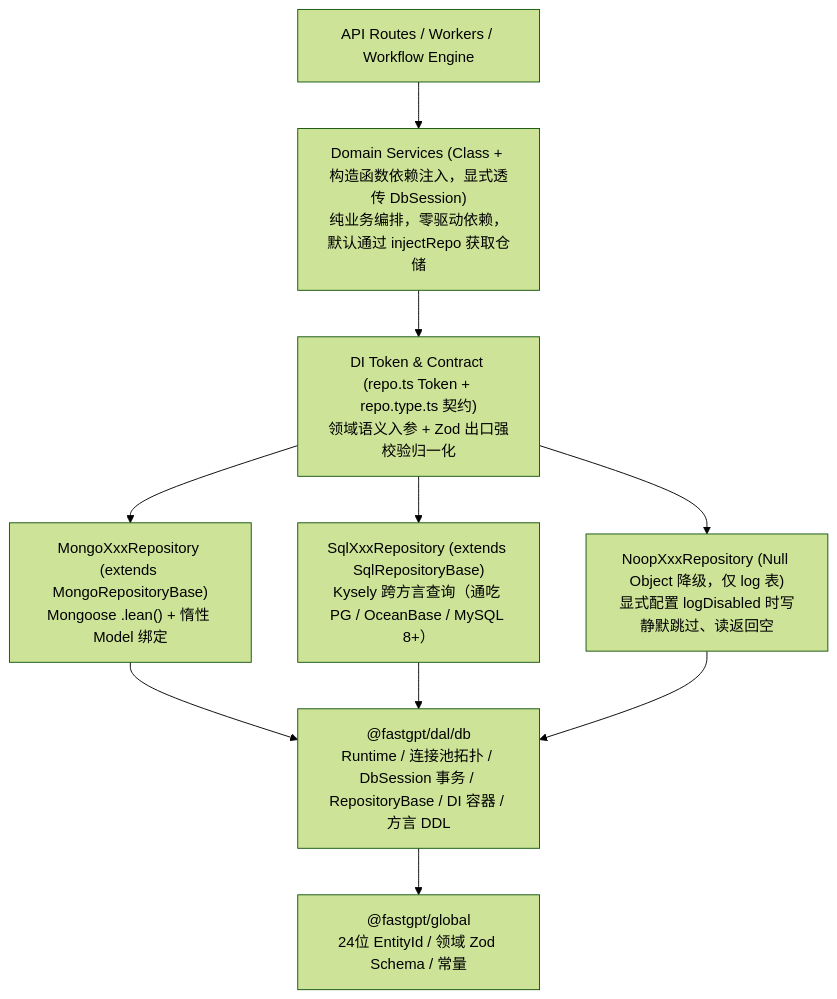
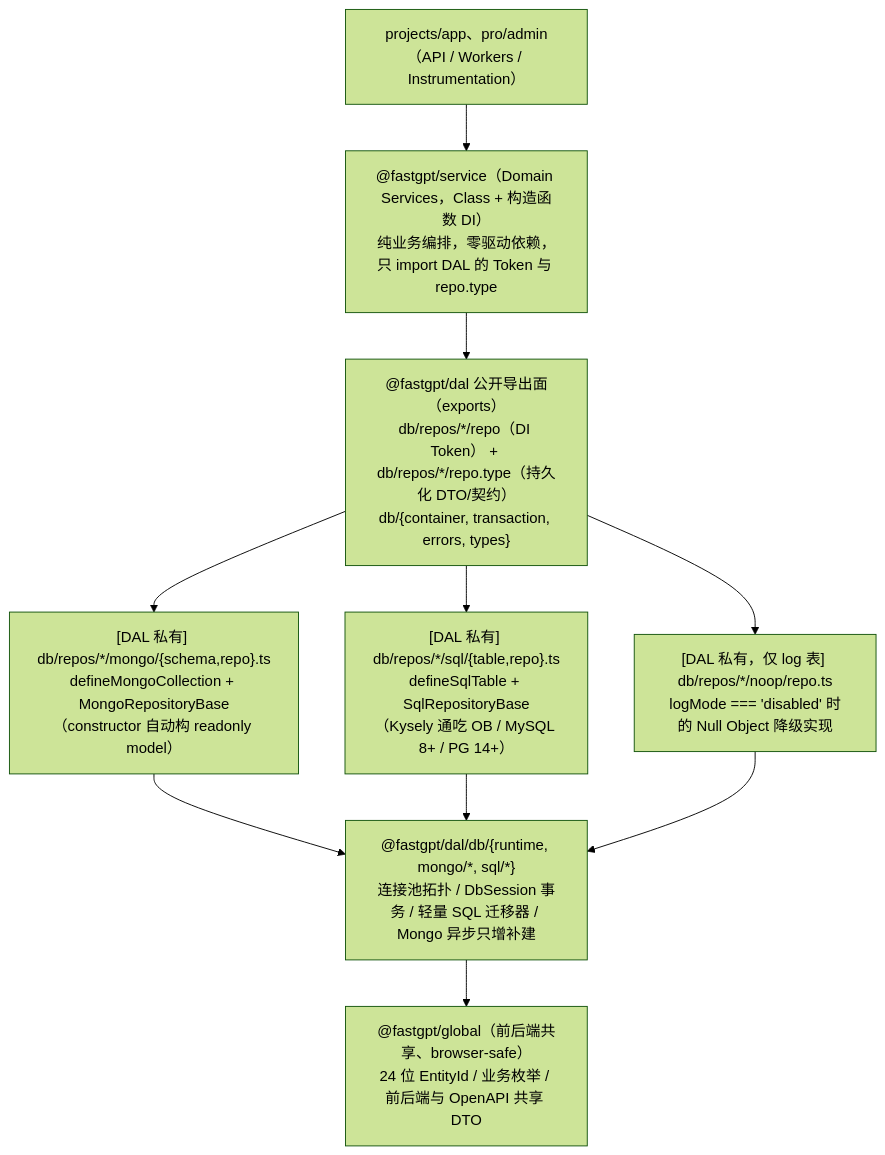
Before and after one commit to labring/FastGPT: the diagram in .agents/design/common/dal/multi-db-repository-architecture.md, drawn with Mermaid (forest theme). The commit also changed other lines of this file and 4 other files, not shown here.

Commit message:
docs(dal): converge DAL package isolation, constructor model binding, and decoupled index migration design

````diff
--- a/.agents/design/common/dal/multi-db-repository-architecture.md
+++ b/.agents/design/common/dal/multi-db-repository-architecture.md
@@ -50,12 +50,12 @@
 ```mermaid
 flowchart TD
-  API["API Routes / Workers / Workflow Engine"] --> SVC["Domain Services (Class + 构造函数依赖注入，显式透传 DbSession)<br/>纯业务编排，零驱动依赖，默认通过 injectRepo 获取仓储"]
-  SVC --> REPO["DI Token & Contract (repo.ts Token + repo.type.ts 契约)<br/>领域语义入参 + Zod 出口强校验归一化"]
-  REPO --> MONGO_IMPL["MongoXxxRepository (extends MongoRepositoryBase)<br/>Mongoose .lean() + 惰性 Model 绑定"]
-  REPO --> SQL_IMPL["SqlXxxRepository (extends SqlRepositoryBase)<br/>Kysely 跨方言查询（通吃 PG / OceanBase / MySQL 8+）"]
-  REPO --> NOOP_IMPL["NoopXxxRepository (Null Object 降级，仅 log 表)<br/>显式配置 logDisabled 时写静默跳过、读返回空"]
-  MONGO_IMPL --> DAL_DB["@fastgpt/dal/db<br/>Runtime / 连接池拓扑 / DbSession 事务 / RepositoryBase / DI 容器 / 方言 DDL"]
-  SQL_IMPL --> DAL_DB
-  NOOP_IMPL --> DAL_DB
-  DAL_DB --> GLOBAL["@fastgpt/global<br/>24位 EntityId / 领域 Zod Schema / 常量"]
+  API["projects/app、pro/admin（API / Workers / Instrumentation）"] --> SVC["@fastgpt/service（Domain Services，Class + 构造函数 DI）<br/>纯业务编排，零驱动依赖，只 import DAL 的 Token 与 repo.type"]
+  SVC --> DAL_PUB["@fastgpt/dal 公开导出面（exports）<br/>db/repos/*/repo（DI Token） + db/repos/*/repo.type（持久化 DTO/契约）<br/>db/{container, transaction, errors, types}"]
+  DAL_PUB --> MONGO_IMPL["[DAL 私有] db/repos/*/mongo/{schema,repo}.ts<br/>defineMongoCollection + MongoRepositoryBase（constructor 自动构 readonly model）"]
+  DAL_PUB --> SQL_IMPL["[DAL 私有] db/repos/*/sql/{table,repo}.ts<br/>defineSqlTable + SqlRepositoryBase（Kysely 通吃 OB / MySQL 8+ / PG 14+）"]
+  DAL_PUB --> NOOP_IMPL["[DAL 私有，仅 log 表] db/repos/*/noop/repo.ts<br/>logMode === 'disabled' 时的 Null Object 降级实现"]
+  MONGO_IMPL --> DAL_CORE["@fastgpt/dal/db/{runtime, mongo/*, sql/*}<br/>连接池拓扑 / DbSession 事务 / 轻量 SQL 迁移器 / Mongo 异步只增补建"]
+  SQL_IMPL --> DAL_CORE
+  NOOP_IMPL --> DAL_CORE
+  DAL_CORE --> GLOBAL["@fastgpt/global（前后端共享、browser-safe）<br/>24 位 EntityId / 业务枚举 / 前后端与 OpenAPI 共享 DTO"]
 ```
````
